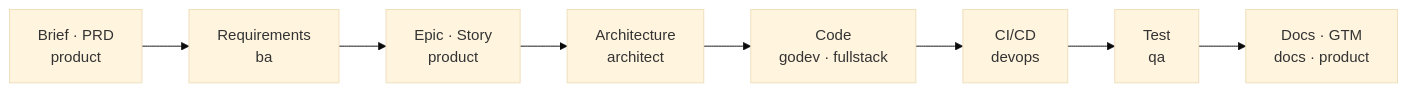
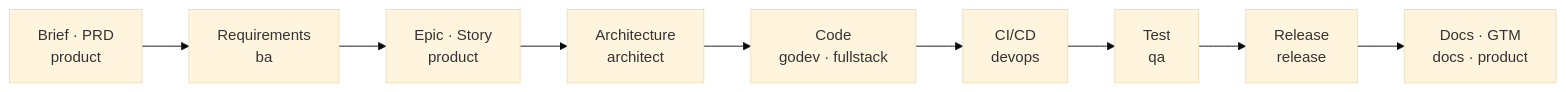
One commit to KubeRocketCI/claude-plugins changed the diagram in README.md. Above: the diagram before and after it, drawn with Mermaid (base theme). The commit also changed other lines of this file and 30 other files, not shown here.

````diff
--- a/README.md
+++ b/README.md
@@ -14,10 +14,11 @@
 ```mermaid
 flowchart LR
   brief["Brief · PRD<br/>product"] --> req["Requirements<br/>ba"]
   req --> story["Epic · Story<br/>product"]
   story --> arch["Architecture<br/>architect"]
   arch --> code["Code<br/>godev · fullstack"]
   code --> cicd["CI/CD<br/>devops"]
   cicd --> test["Test<br/>qa"]
-  test --> gtm["Docs · GTM<br/>docs · product"]
+  test --> rel["Release<br/>release"]
+  rel --> gtm["Docs · GTM<br/>docs · product"]
 ```
````
